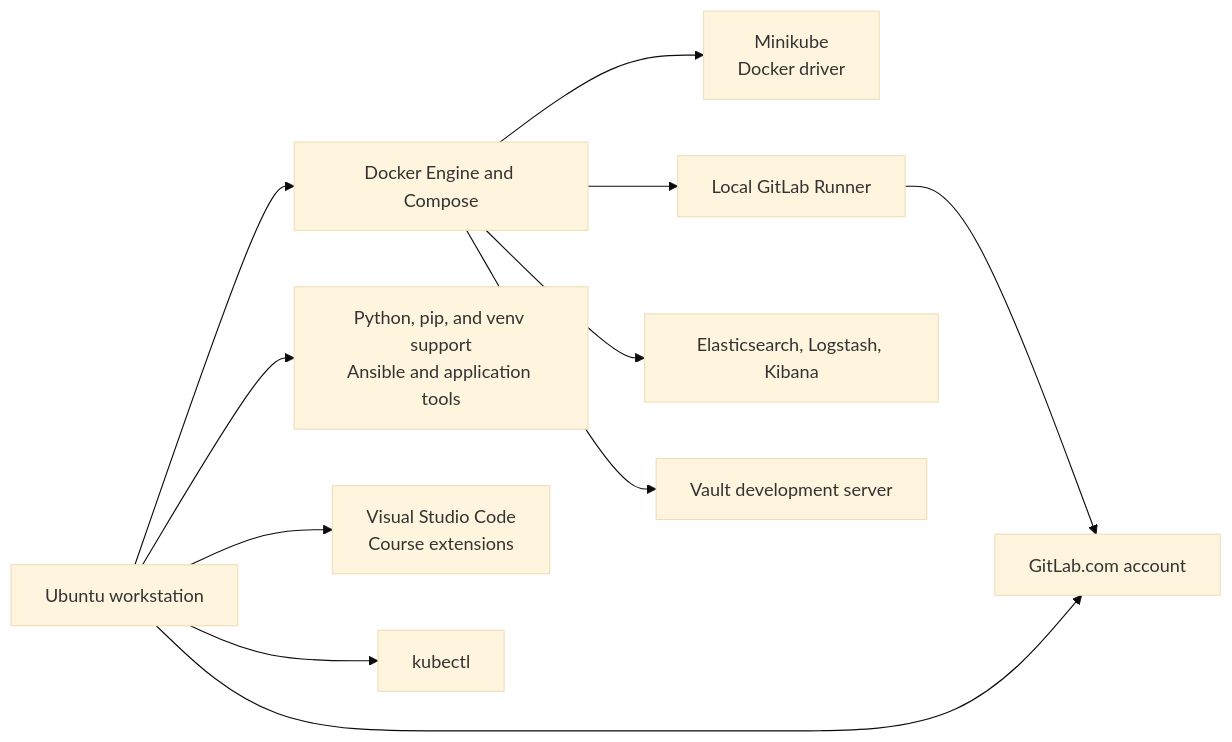
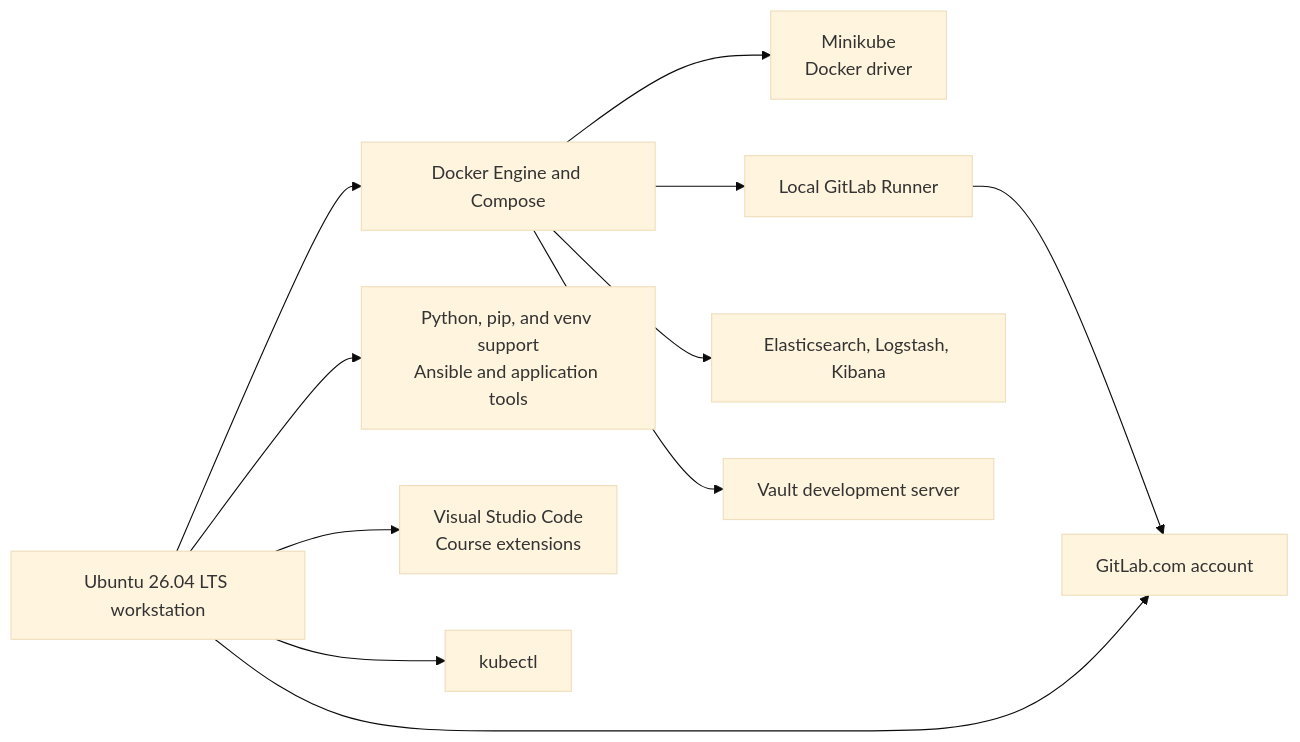
The diagram in lab/Lab 01 - Workstation Installation/Lab1.md (tanthanh85/devops), drawn with Mermaid (base theme) before and after one commit. The commit also changed other lines of this file and 1 other file, not shown here.

````diff
--- a/lab/Lab 01 - Workstation Installation/Lab1.md
+++ b/lab/Lab 01 - Workstation Installation/Lab1.md
@@ -24,13 +24,13 @@
 ```mermaid
 flowchart LR
-    U["Ubuntu workstation"] --> D["Docker Engine and Compose"]
+    U["Ubuntu 26.04 LTS workstation"] --> D["Docker Engine and Compose"]
     U --> P["Python, pip, and venv support<br/>Ansible and application tools"]
     U --> C["Visual Studio Code<br/>Course extensions"]
     U --> K["kubectl"]
     D --> M["Minikube<br/>Docker driver"]
     U --> G["GitLab.com account"]
     D --> GR["Local GitLab Runner"]
     GR --> G
     D --> E["Elasticsearch, Logstash, Kibana"]
     D --> V["Vault development server"]
 ```
````
